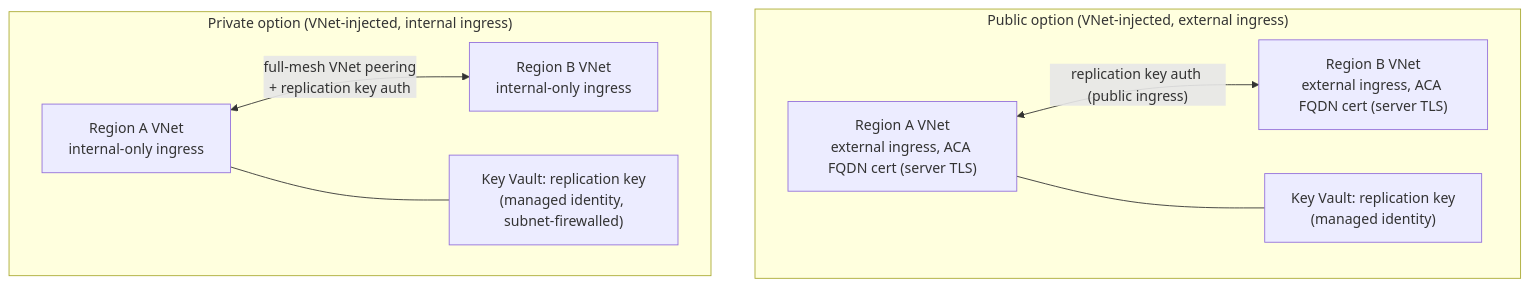
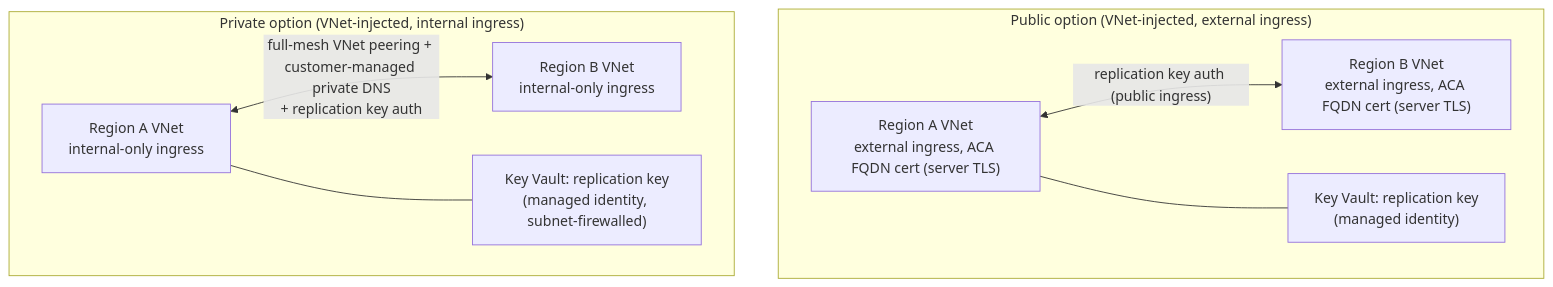
One commit to NSTA1/Orleans.Lattice changed the fifth of 7 diagrams in reference-architecture.md. Above: the diagram before and after it, drawn with Mermaid. The commit also changed other lines of this file and 1 other file, not shown here.

First line of the commit message:
docs(reference-architecture): fix doc drift found by the docs audit

````diff
--- a/reference-architecture.md
+++ b/reference-architecture.md
@@ -339,17 +345,17 @@
 ```mermaid
 flowchart TB
     subgraph Public["Public option (VNet-injected, external ingress)"]
         PA["Region A VNet<br/>external ingress, ACA FQDN cert (server TLS)"]
         PB["Region B VNet<br/>external ingress, ACA FQDN cert (server TLS)"]
         PA <-->|"replication key auth (public ingress)"| PB
         PKV["Key Vault: replication key<br/>(managed identity)"]
         PA --- PKV
     end
     subgraph Private["Private option (VNet-injected, internal ingress)"]
         VA["Region A VNet<br/>internal-only ingress"]
         VB["Region B VNet<br/>internal-only ingress"]
-        VA <-->|"full-mesh VNet peering<br/>+ replication key auth"| VB
+        VA <-->|"full-mesh VNet peering + customer-managed private DNS<br/>+ replication key auth"| VB
         VKV["Key Vault: replication key<br/>(managed identity, subnet-firewalled)"]
         VA --- VKV
     end
 ```
````
